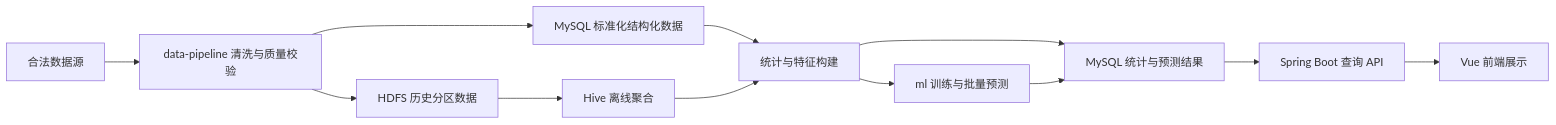
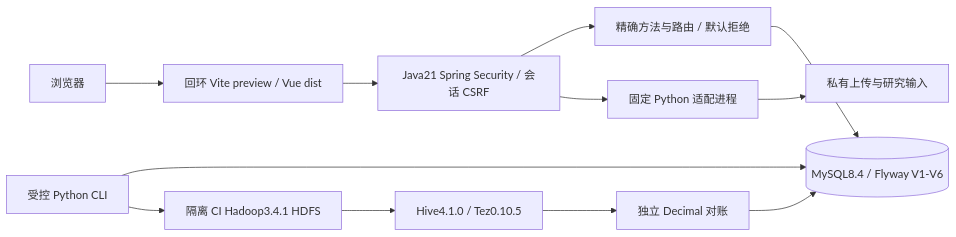
One commit to xingyu-wind/urban-commute-analysis changed the first of 2 diagrams in docs/architecture/overview.md. Above: the diagram before and after it, drawn with Mermaid. The commit also changed other lines of this file and 80 other files, not shown here.

````diff
--- a/docs/architecture/overview.md
+++ b/docs/architecture/overview.md
@@ -13,14 +7,14 @@
 ```mermaid
 flowchart LR
-    A[合法数据源] --> B[data-pipeline 清洗与质量校验]
-    B --> C[MySQL 标准化结构化数据]
-    B --> D[HDFS 历史分区数据]
-    D --> E[Hive 离线聚合]
-    C --> F[统计与特征构建]
-    E --> F
-    F --> G[ml 训练与批量预测]
-    F --> H[MySQL 统计与预测结果]
-    G --> H
-    H --> I[Spring Boot 查询 API]
-    I --> J[Vue 前端展示]
+    Browser[浏览器] --> Web[回环 Vite preview / Vue dist]
+    Web --> Security[Java21 Spring Security / 会话 CSRF]
+    Security --> API[精确方法与路由 / 默认拒绝]
+    API --> DB[(MySQL8.4 / Flyway V1-V6)]
+    Security --> Worker[固定 Python 适配进程]
+    Worker --> Private[私有上传与研究输入]
+    CLI[受控 Python CLI] --> DB
+    CLI --> HDFS[隔离 CI Hadoop3.4.1 HDFS]
+    HDFS --> Hive[Hive4.1.0 / Tez0.10.5]
+    Hive --> Reconcile[独立 Decimal 对账]
+    Reconcile --> DB
 ```
````
